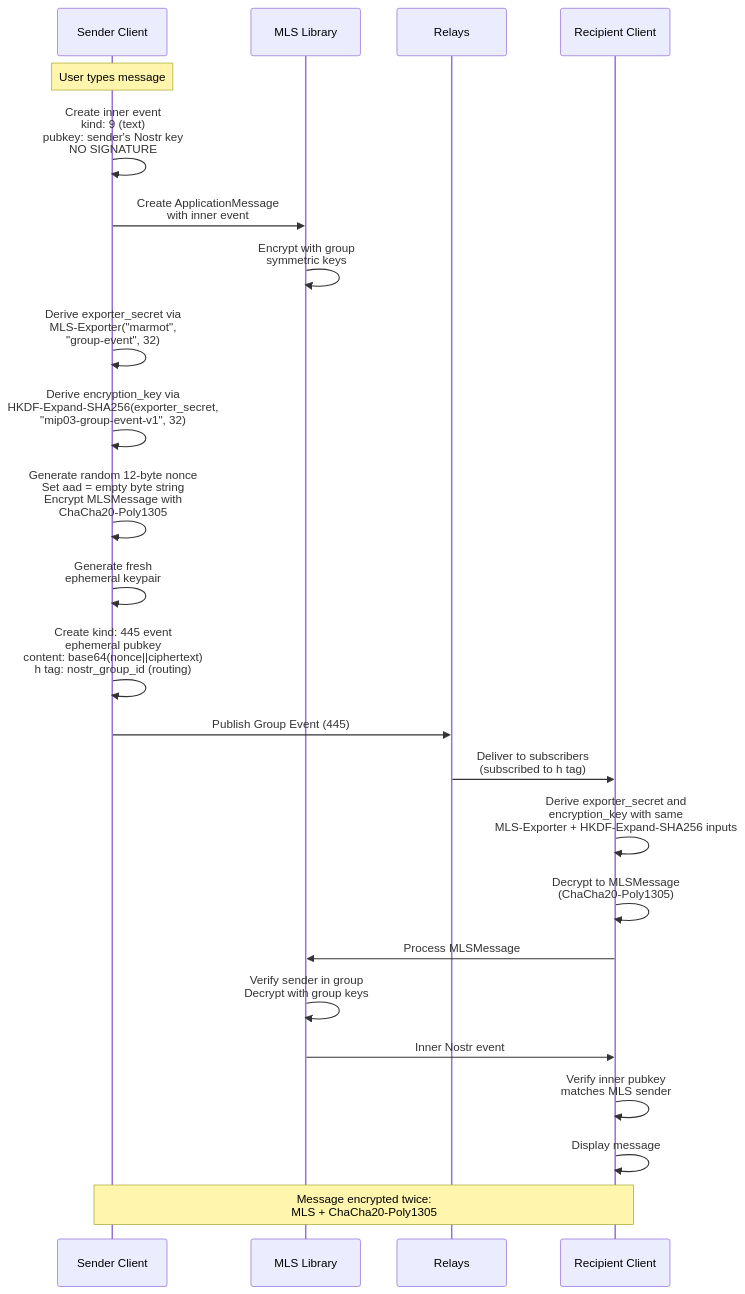
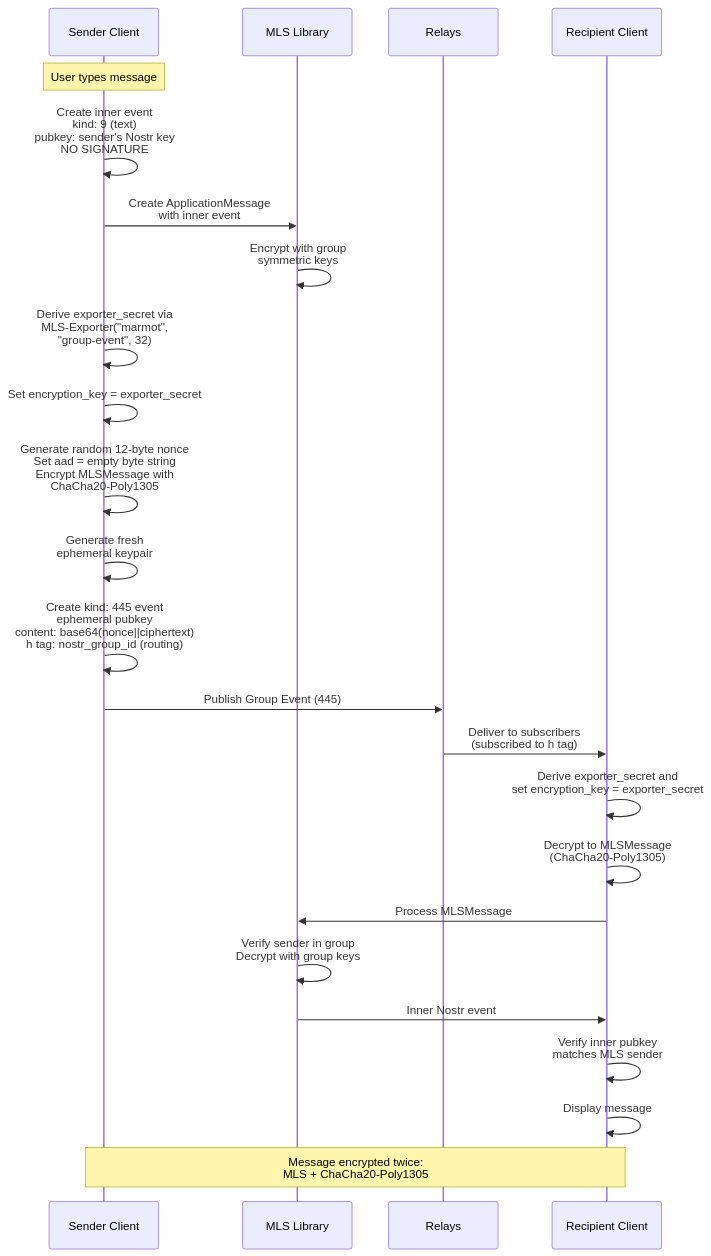
One commit to parres-hq/marmot changed the fourth of 9 diagrams in data_flows.md. Above: the diagram before and after it, drawn with Mermaid. The commit also changed other lines of this file and 2 other files, not shown here.

Commit message:
docs(mip-03): remove redundant HKDF-Expand key step
Use MLS-Exporter output directly as the kind:445 ChaCha20-Poly1305 key and align flow/threat-model text with the simplified derivation.

````diff
--- a/data_flows.md
+++ b/data_flows.md
@@ -220,45 +220,45 @@
 ```mermaid
 sequenceDiagram
     participant S as Sender Client
     participant MLS as MLS Library
     participant R as Relays
     participant Rec as Recipient Client
 
     Note over S: User types message
 
     S->>S: Create inner event<br/>kind: 9 (text)<br/>pubkey: sender's Nostr key<br/>NO SIGNATURE
 
     S->>MLS: Create ApplicationMessage<br/>with inner event
 
     MLS->>MLS: Encrypt with group<br/>symmetric keys
 
     S->>S: Derive exporter_secret via<br/>MLS-Exporter("marmot",<br/>"group-event", 32)
 
-    S->>S: Derive encryption_key via<br/>HKDF-Expand-SHA256(exporter_secret,<br/>"mip03-group-event-v1", 32)
+    S->>S: Set encryption_key = exporter_secret
 
     S->>S: Generate random 12-byte nonce<br/>Set aad = empty byte string<br/>Encrypt MLSMessage with<br/>ChaCha20-Poly1305
 
     S->>S: Generate fresh<br/>ephemeral keypair
 
     S->>S: Create kind: 445 event<br/>ephemeral pubkey<br/>content: base64(nonce||ciphertext)<br/>h tag: nostr_group_id (routing)
 
     S->>R: Publish Group Event (445)
 
     R->>Rec: Deliver to subscribers<br/>(subscribed to h tag)
 
-    Rec->>Rec: Derive exporter_secret and<br/>encryption_key with same<br/>MLS-Exporter + HKDF-Expand-SHA256 inputs
+    Rec->>Rec: Derive exporter_secret and<br/>set encryption_key = exporter_secret
 
     Rec->>Rec: Decrypt to MLSMessage<br/>(ChaCha20-Poly1305)
 
     Rec->>MLS: Process MLSMessage
 
     MLS->>MLS: Verify sender in group<br/>Decrypt with group keys
 
     MLS->>Rec: Inner Nostr event
 
     Rec->>Rec: Verify inner pubkey<br/>matches MLS sender
 
     Rec->>Rec: Display message
 
     Note over S,Rec: Message encrypted twice:<br/>MLS + ChaCha20-Poly1305
 ```
````
